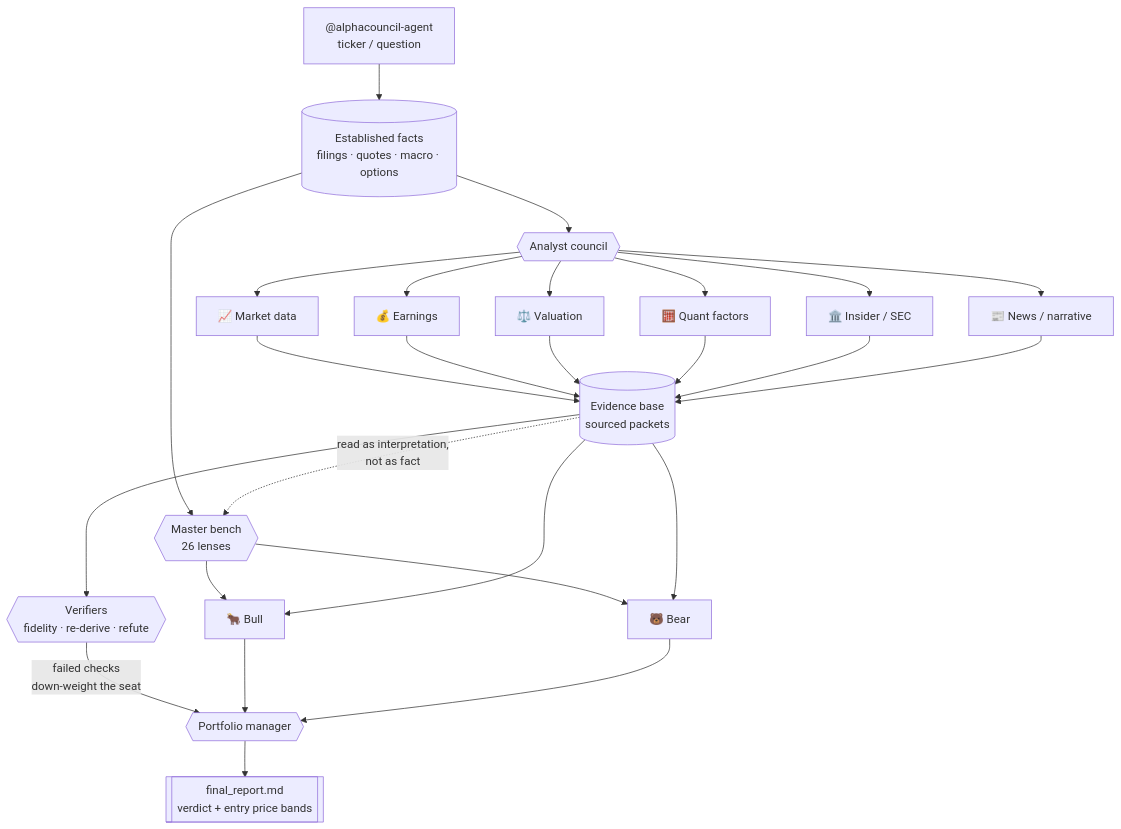
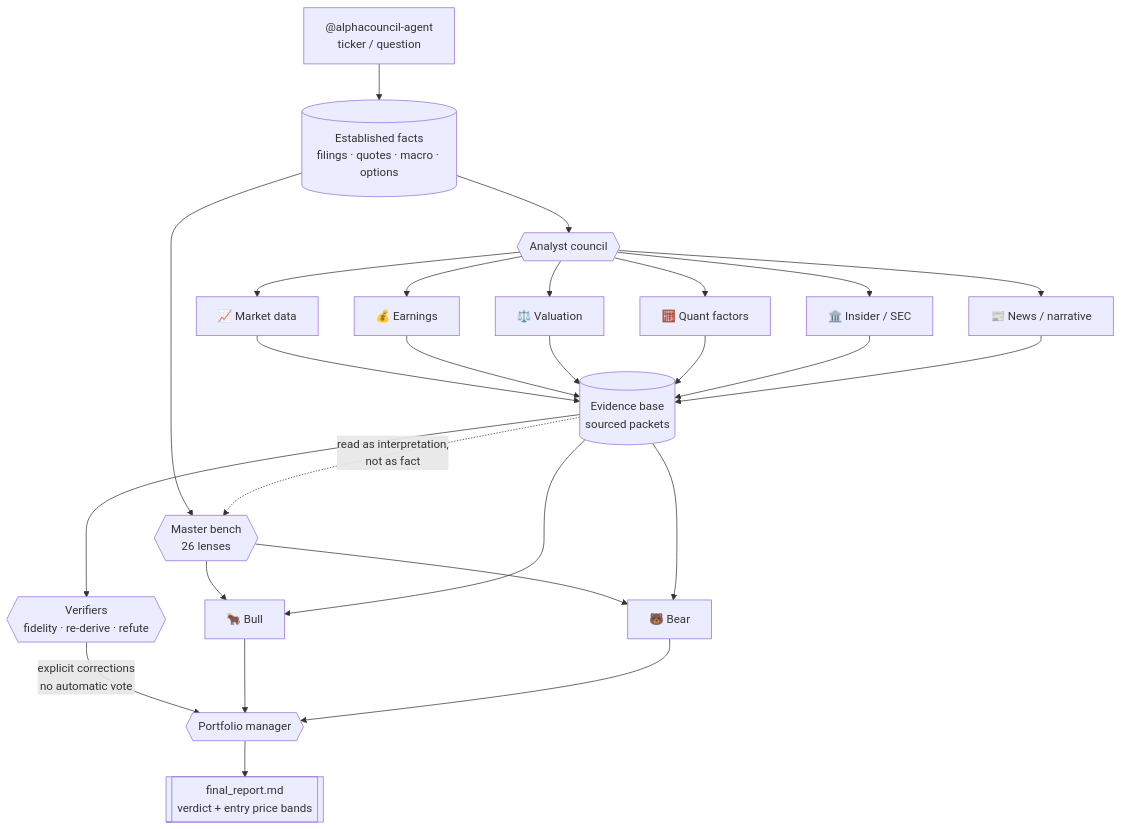
Before and after one commit to Zhao73/alphacouncil-agent: the diagram in docs/reference/README.en.md, drawn with Mermaid. The commit also changed 83 other files, not shown here.

````diff
--- a/docs/reference/README.en.md
+++ b/docs/reference/README.en.md
@@ -430,28 +430,28 @@
 ```mermaid
 flowchart TD
     U["@alphacouncil-agent<br/>ticker / question"] --> G[("Established facts<br/>filings · quotes · macro · options")]
     G --> AG{{"Analyst council"}}
     G --> MS{{"Master bench<br/>26 lenses"}}
     AG --> A1["📈 Market data"]
     AG --> A2["💰 Earnings"]
     AG --> A3["⚖️ Valuation"]
     AG --> A4["🧮 Quant factors"]
     AG --> A5["🏛️ Insider / SEC"]
     AG --> A6["📰 News / narrative"]
     A1 --> EV[("Evidence base<br/>sourced packets")]
     A2 --> EV
     A3 --> EV
     A4 --> EV
     A5 --> EV
     A6 --> EV
     EV -.->|"read as interpretation,<br/>not as fact"| MS
     EV --> VF{{"Verifiers<br/>fidelity · re-derive · refute"}}
-    VF -->|"failed checks<br/>down-weight the seat"| PM
+    VF -->|"explicit corrections<br/>no automatic vote"| PM
     MS --> BULL["🐂 Bull"]
     MS --> BEAR["🐻 Bear"]
     EV --> BULL
     EV --> BEAR
     BULL --> PM{{"Portfolio manager"}}
     BEAR --> PM
     PM --> R[["final_report.md<br/>verdict + entry price bands"]]
 ```
````
